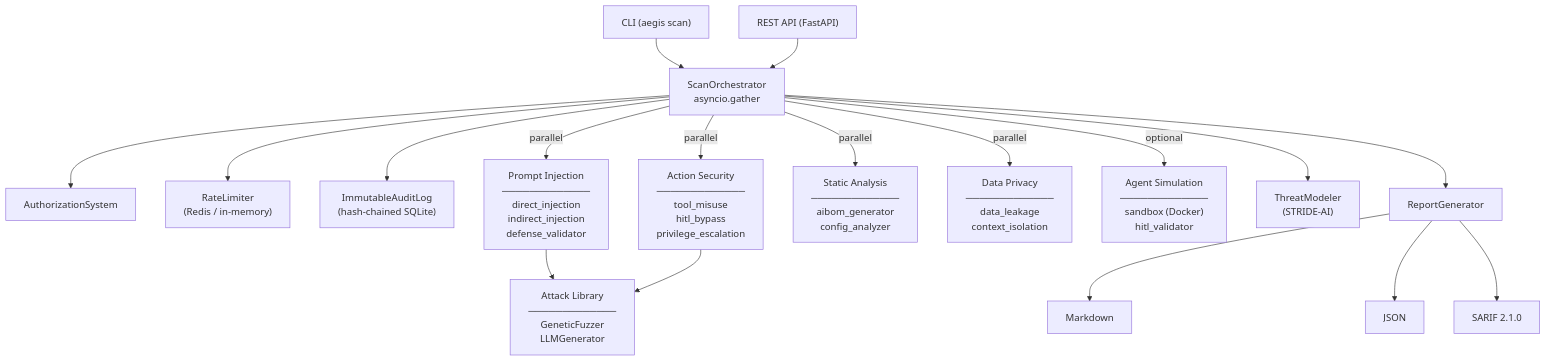
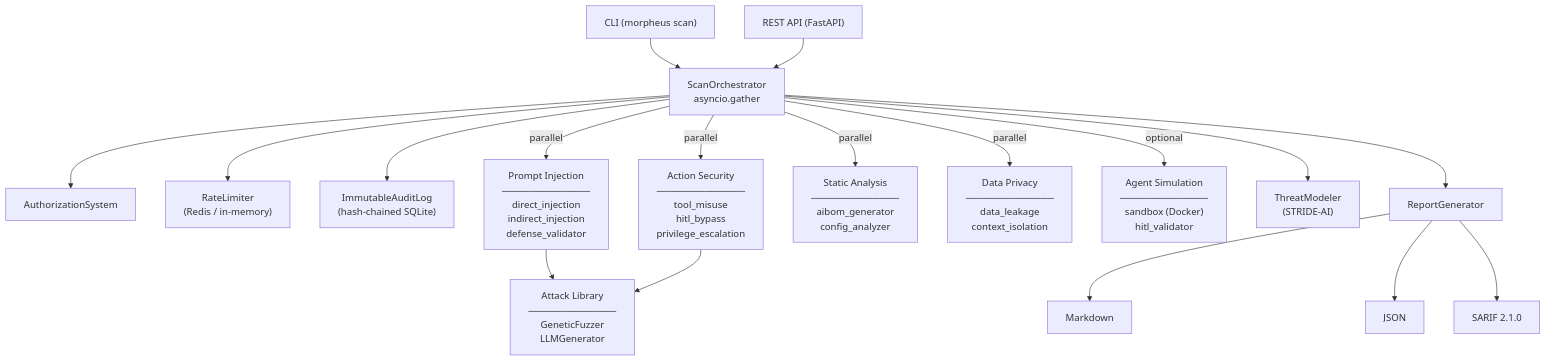
One commit to orchestrator-dev/aegis changed the diagram in README.md. Above: the diagram before and after it, drawn with Mermaid. The commit also changed other lines of this file and 91 other files, not shown here.

Commit message:
chore: Rename project from Aegis to Morpheus

````diff
--- a/README.md
+++ b/README.md
@@ -36,23 +36,23 @@
 ```mermaid
 graph TD
-    CLI["CLI (aegis scan)"] --> ORC
+    CLI["CLI (morpheus scan)"] --> ORC
     API["REST API (FastAPI)"] --> ORC["ScanOrchestrator\nasyncio.gather"]
 
     ORC --> AUTH["AuthorizationSystem"]
     ORC --> RL["RateLimiter\n(Redis / in-memory)"]
     ORC --> AUDIT["ImmutableAuditLog\n(hash-chained SQLite)"]
 
     ORC -->|parallel| S1["Prompt Injection\n─────────────\ndirect_injection\nindirect_injection\ndefense_validator"]
     ORC -->|parallel| S2["Action Security\n─────────────\ntool_misuse\nhitl_bypass\nprivilege_escalation"]
     ORC -->|parallel| S3["Static Analysis\n─────────────\naibom_generator\nconfig_analyzer"]
     ORC -->|parallel| S4["Data Privacy\n─────────────\ndata_leakage\ncontext_isolation"]
     ORC -->|optional| SIM["Agent Simulation\n─────────────\nsandbox (Docker)\nhitl_validator"]
 
     S1 & S2 --> ATK["Attack Library\n─────────────\nGeneticFuzzer\nLLMGenerator"]
 
     ORC --> TM["ThreatModeler\n(STRIDE-AI)"]
     ORC --> RPT["ReportGenerator"]
     RPT --> OUT1["Markdown"]
     RPT --> OUT2["JSON"]
     RPT --> OUT3["SARIF 2.1.0"]
 ```
````
